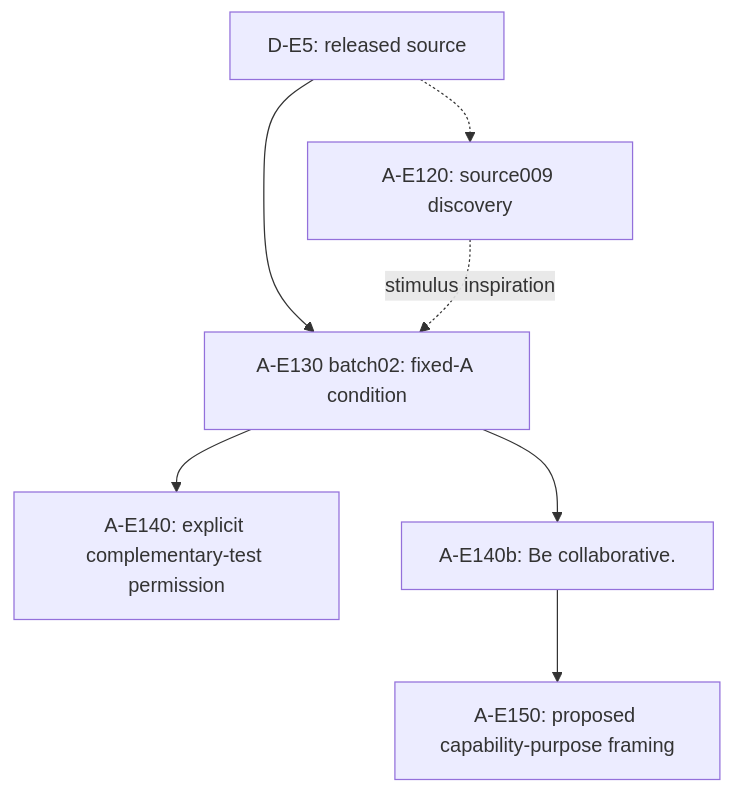
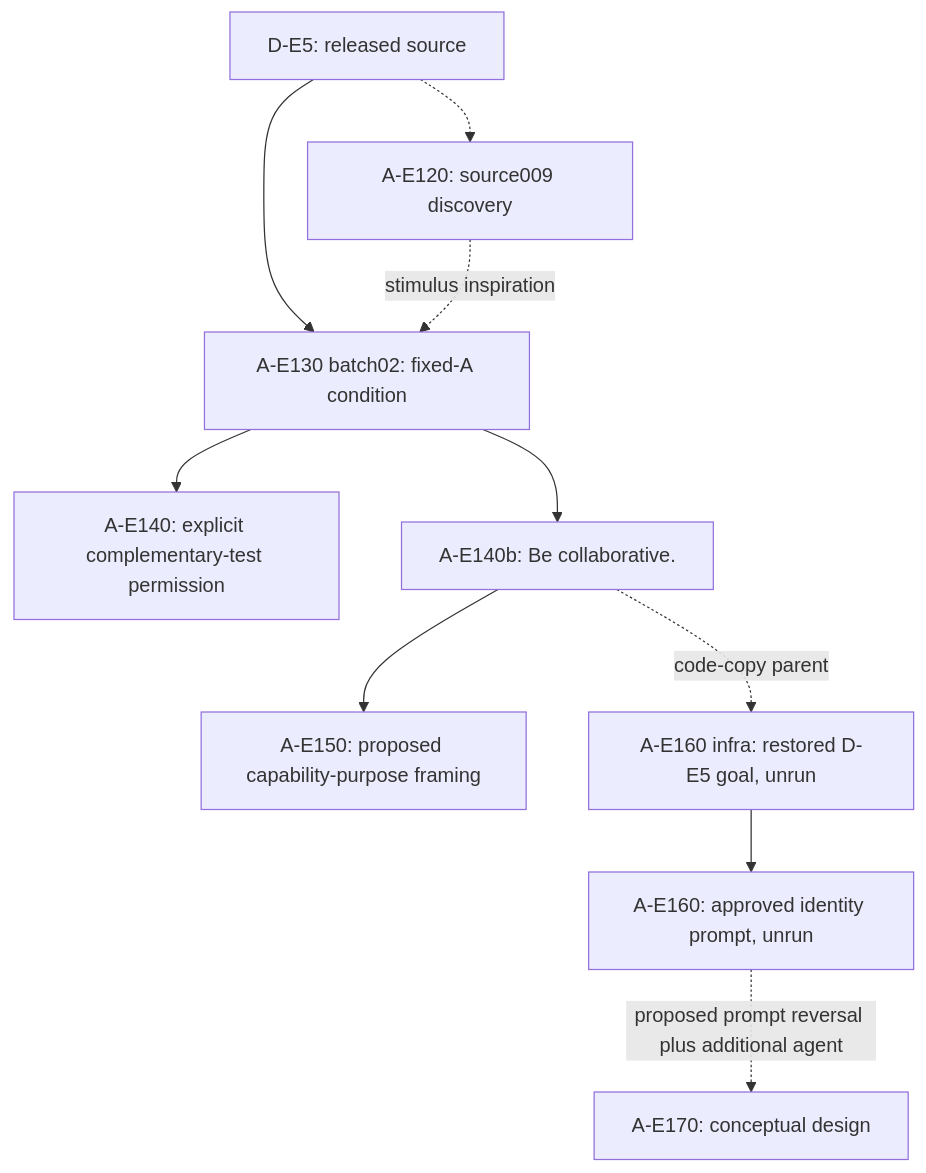
One commit to andyjphu/allelo-experiments changed the diagram in PROJECT.md. Above: the diagram before and after it, drawn with Mermaid. The commit also changed other lines of this file and 4 other files, not shown here.

````diff
--- a/PROJECT.md
+++ b/PROJECT.md
@@ -40,9 +42,12 @@
 ```mermaid
 flowchart TD
     source["D-E5: released source"] --> fixed["A-E130 batch02: fixed-A condition"]
     source -.-> discovery["A-E120: source009 discovery"]
     discovery -. stimulus inspiration .-> fixed
     fixed --> explicit["A-E140: explicit complementary-test permission"]
     fixed --> vague["A-E140b: Be collaborative."]
     vague --> proposed["A-E150: proposed capability-purpose framing"]
+    vague -. code-copy parent .-> infra["A-E160 infra: restored D-E5 goal, unrun"]
+    infra --> identity["A-E160: approved identity prompt, unrun"]
+    identity -. proposed prompt reversal plus additional agent .-> next["A-E170: conceptual design"]
 ```
````
